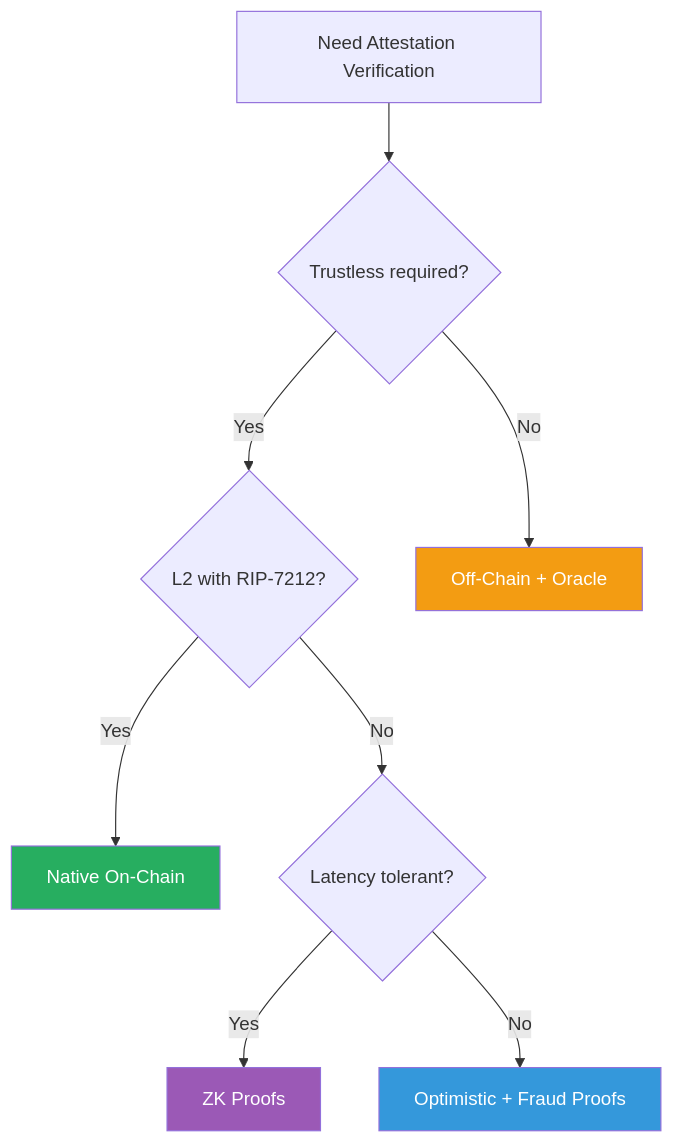
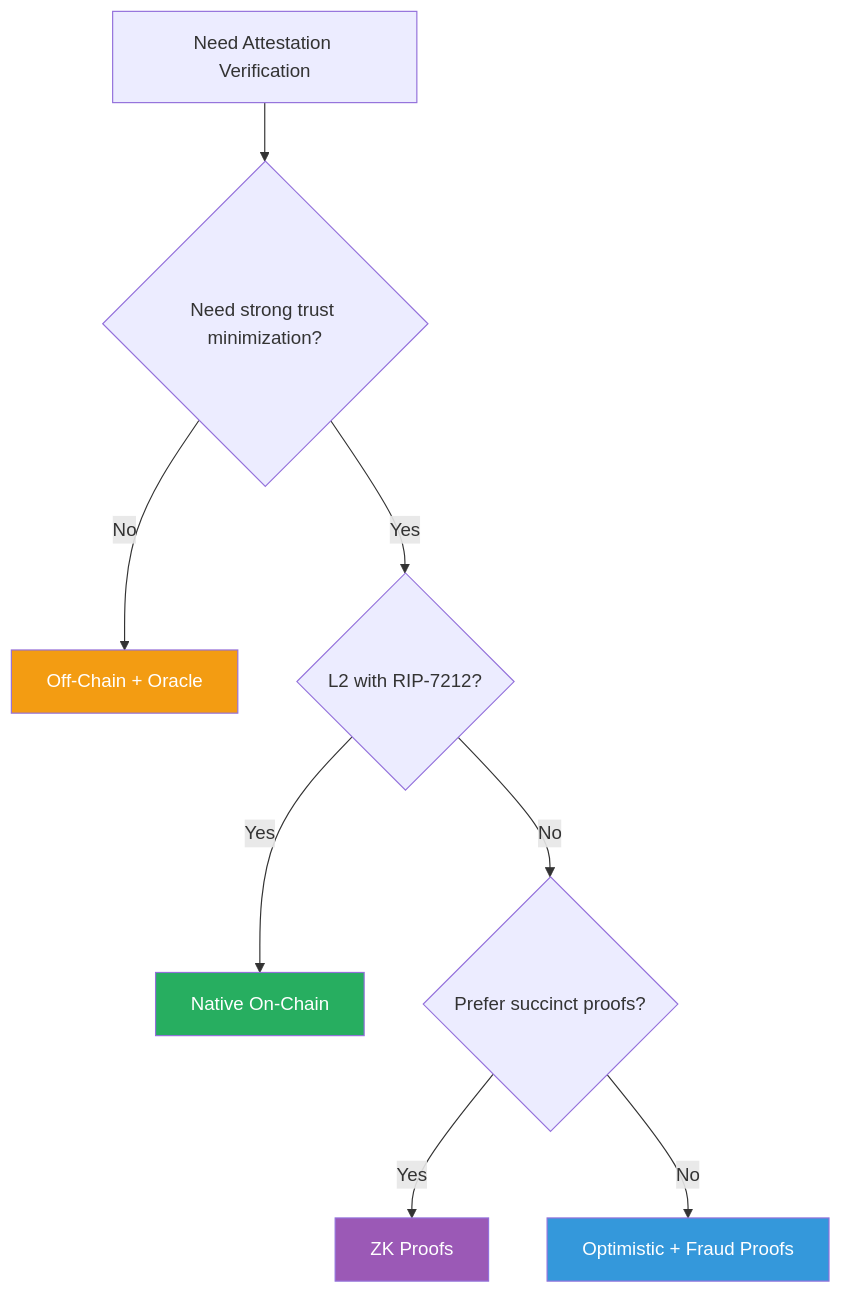
Before and after one commit to V-k-h/roots-of-trust: the sixth of 6 diagrams in posts/01-x509-verification-on-chain.md, drawn with Mermaid. The commit also changed other lines of this file, not shown here.

First line of the commit message:
Refine X.509 verification on-chain documentation

````diff
--- a/posts/01-x509-verification-on-chain.md
+++ b/posts/01-x509-verification-on-chain.md
@@ -321,18 +332,18 @@
 ```mermaid
 flowchart TD
-    Start[Need Attestation Verification] --> Q1{Trustless required?}
+    Start[Need Attestation Verification] --> Q1{Need strong trust minimization?}
     
+    Q1 -->|No| Oracle[Off-Chain + Oracle]
     Q1 -->|Yes| Q2{L2 with RIP-7212?}
-    Q1 -->|No| Oracle[Off-Chain + Oracle]
     
     Q2 -->|Yes| Native[Native On-Chain]
-    Q2 -->|No| Q3{Latency tolerant?}
+    Q2 -->|No| Q3{Prefer succinct proofs?}
     
     Q3 -->|Yes| ZK[ZK Proofs]
     Q3 -->|No| Optimistic[Optimistic + Fraud Proofs]
     
     style Native fill:#27ae60,color:#fff
     style ZK fill:#9b59b6,color:#fff
     style Oracle fill:#f39c12,color:#fff
     style Optimistic fill:#3498db,color:#fff
 ```
````
